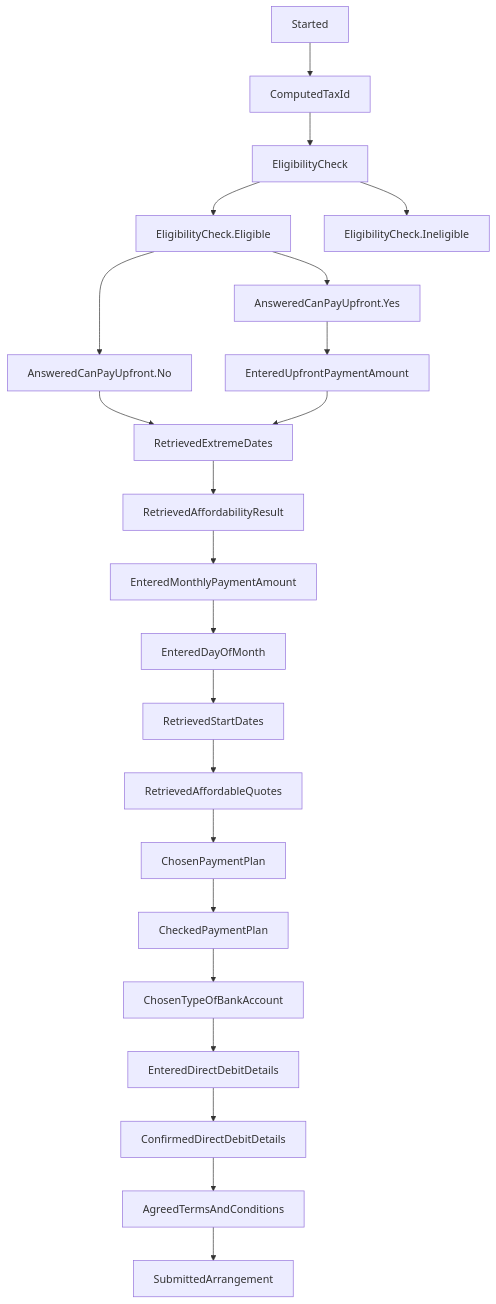
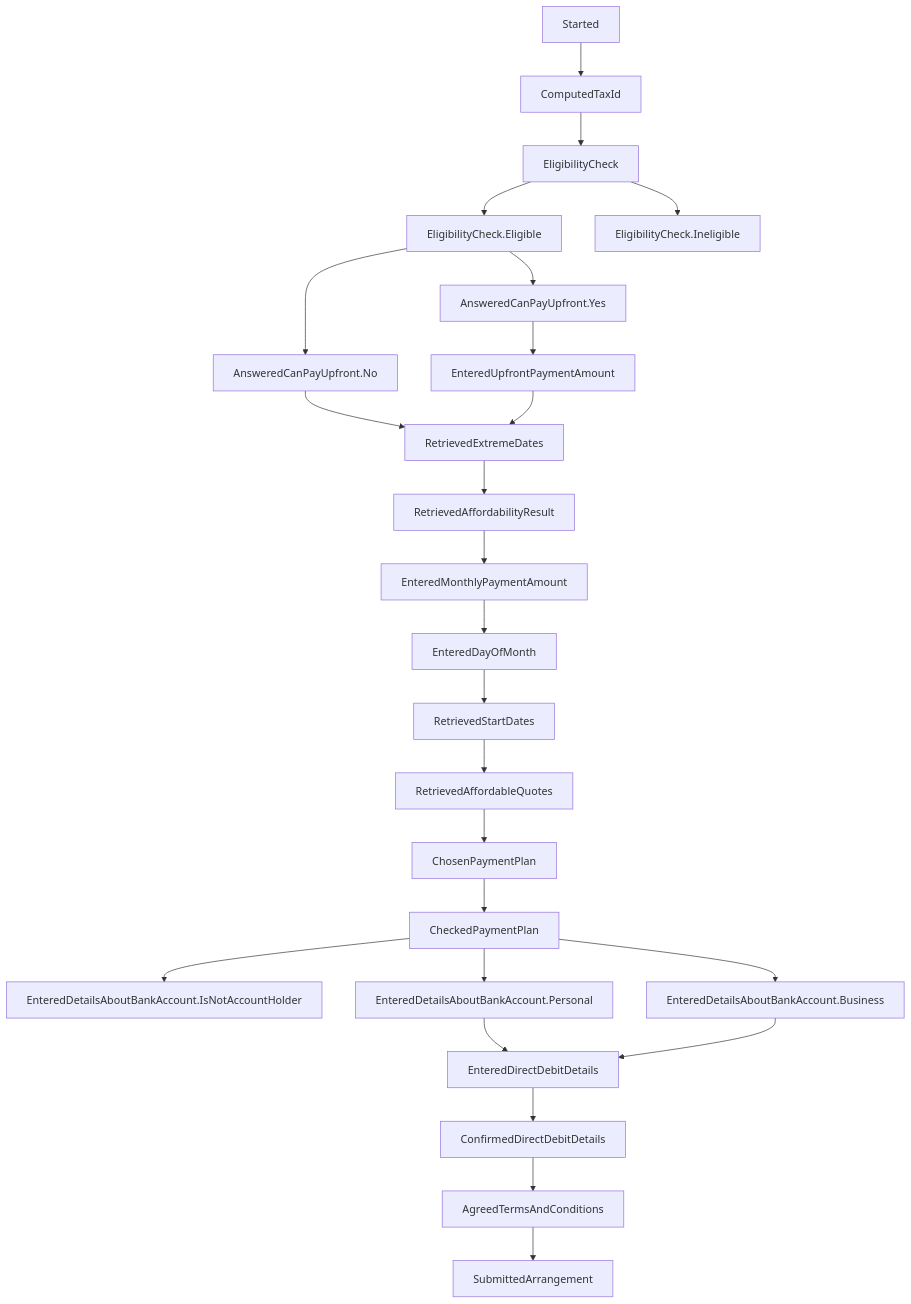
One commit to hmrc/essttp-backend changed the diagram in README.md. Above: the diagram before and after it, drawn with Mermaid. The commit also changed 41 other files, not shown here.

Commit message:
[AC][SUPP-529] move isAccountHolder (#69)

````diff
--- a/README.md
+++ b/README.md
@@ -35,23 +35,26 @@
 ```mermaid
 graph TD;
     Started --> ComputedTaxId;
     ComputedTaxId --> EligibilityCheck;
     EligibilityCheck --> EligibilityCheck.Eligible;
     EligibilityCheck --> EligibilityCheck.Ineligible;
     EligibilityCheck.Eligible --> AnsweredCanPayUpfront.Yes;
     EligibilityCheck.Eligible --> AnsweredCanPayUpfront.No;
     AnsweredCanPayUpfront.No --> RetrievedExtremeDates;
     AnsweredCanPayUpfront.Yes --> EnteredUpfrontPaymentAmount --> RetrievedExtremeDates;
     RetrievedExtremeDates --> RetrievedAffordabilityResult;
     RetrievedAffordabilityResult --> EnteredMonthlyPaymentAmount;
     EnteredMonthlyPaymentAmount --> EnteredDayOfMonth;
     EnteredDayOfMonth --> RetrievedStartDates;
     RetrievedStartDates --> RetrievedAffordableQuotes;
     RetrievedAffordableQuotes --> ChosenPaymentPlan;
     ChosenPaymentPlan --> CheckedPaymentPlan;
-    CheckedPaymentPlan --> ChosenTypeOfBankAccount;
-    ChosenTypeOfBankAccount --> EnteredDirectDebitDetails;
+    CheckedPaymentPlan --> EnteredDetailsAboutBankAccount.IsNotAccountHolder;
+    CheckedPaymentPlan --> EnteredDetailsAboutBankAccount.Personal;
+    CheckedPaymentPlan --> EnteredDetailsAboutBankAccount.Business;
+    EnteredDetailsAboutBankAccount.Personal --> EnteredDirectDebitDetails;
+    EnteredDetailsAboutBankAccount.Business --> EnteredDirectDebitDetails;
     EnteredDirectDebitDetails --> ConfirmedDirectDebitDetails;
     ConfirmedDirectDebitDetails --> AgreedTermsAndConditions;
     AgreedTermsAndConditions --> SubmittedArrangement;
 ```
````
